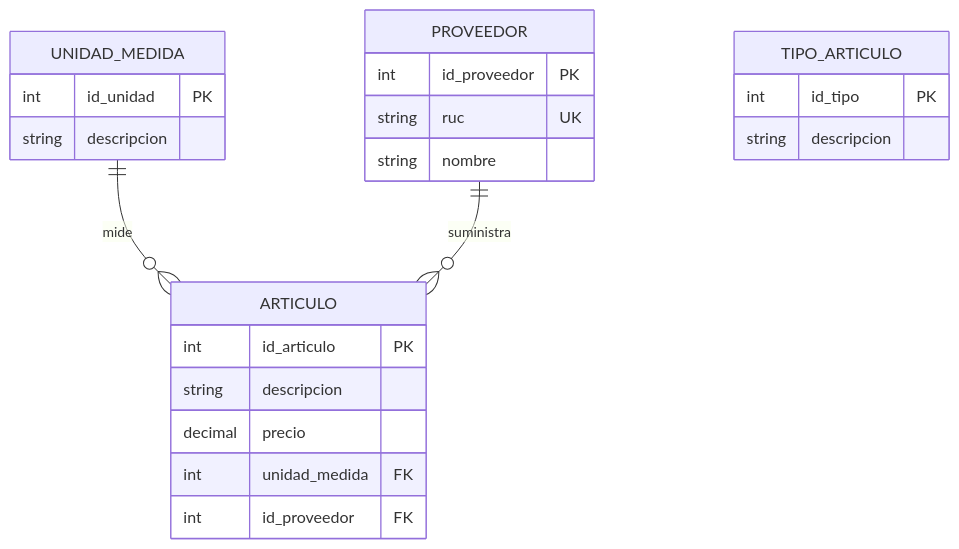
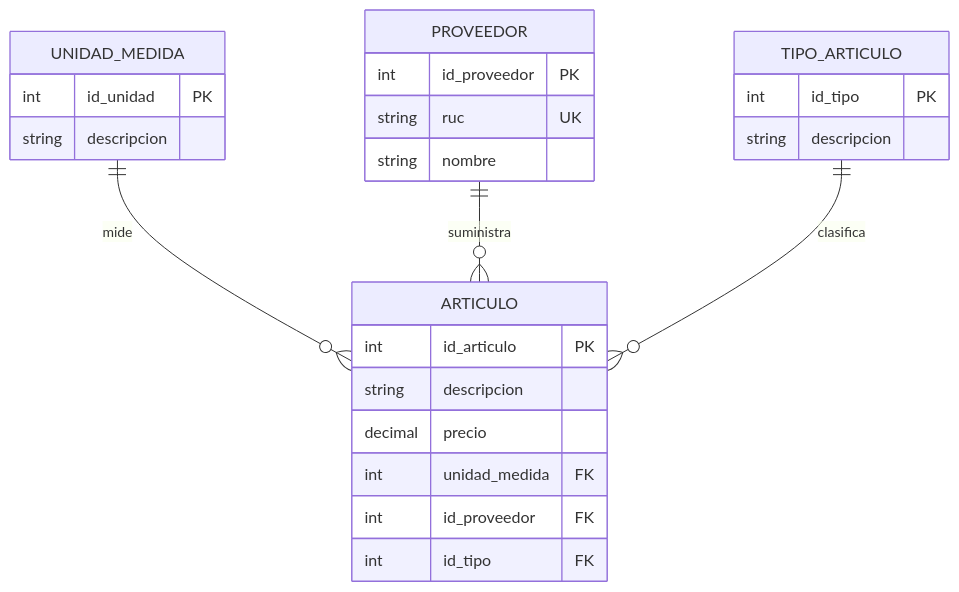
One commit to cris270504/sistemasOrientadosServicios changed the diagram in README.md. Above: the diagram before and after it, drawn with Mermaid. The commit also changed other lines of this file and 18 other files, not shown here.

````diff
--- a/README.md
+++ b/README.md
@@ -152,26 +165,28 @@
 ```mermaid
 erDiagram
     UNIDAD_MEDIDA ||--o{ ARTICULO : mide
     PROVEEDOR ||--o{ ARTICULO : suministra
+    TIPO_ARTICULO ||--o{ ARTICULO : clasifica
 
     TIPO_ARTICULO {
         int id_tipo PK
         string descripcion
     }
     UNIDAD_MEDIDA {
         int id_unidad PK
         string descripcion
     }
     PROVEEDOR {
         int id_proveedor PK
         string ruc UK
         string nombre
     }
     ARTICULO {
         int id_articulo PK
         string descripcion
         decimal precio
         int unidad_medida FK
         int id_proveedor FK
+        int id_tipo FK
     }
 ```
````
